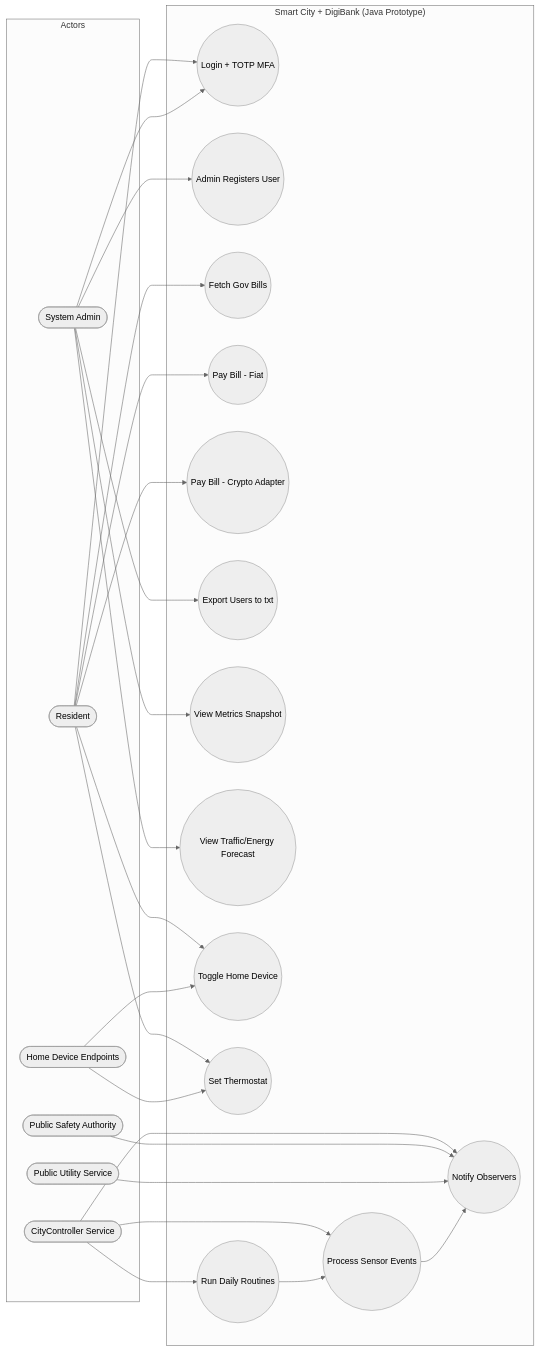
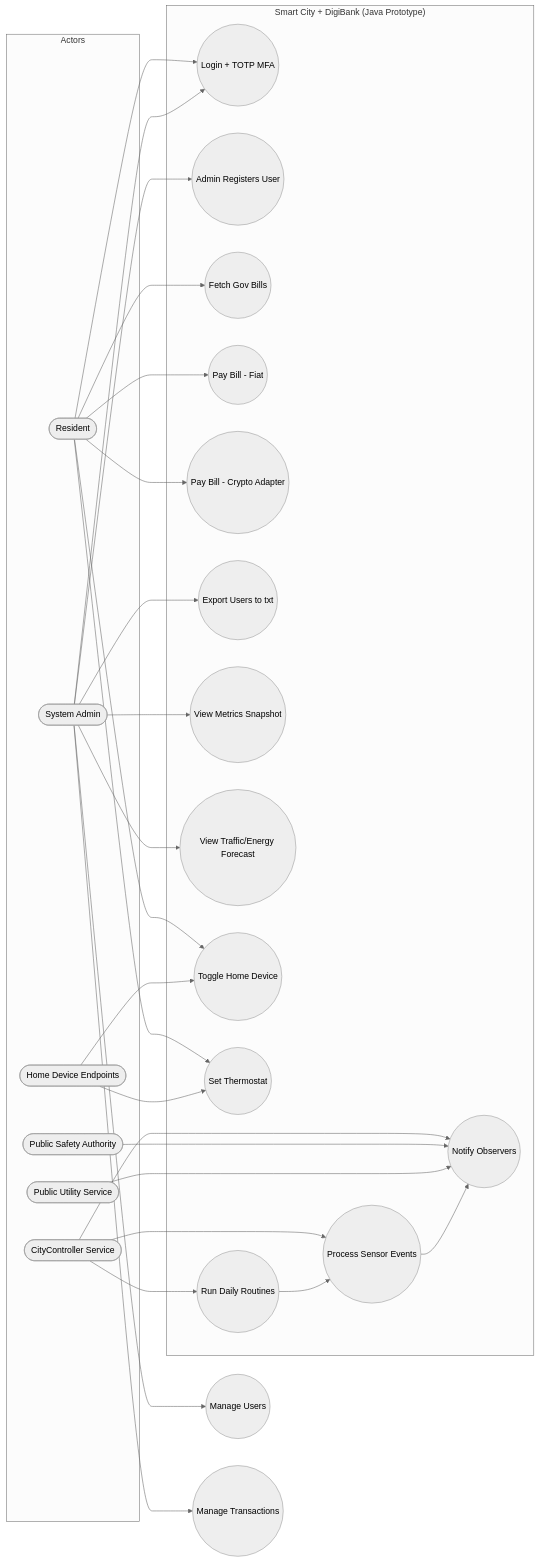
Before and after one commit to ferdiozaydin/digibank: the diagram in docs/2_uml_usecase.mmd, drawn with Mermaid. The commit also changed 8 other files, not shown here.

```diff
--- a/docs/2_uml_usecase.mmd
+++ b/docs/2_uml_usecase.mmd
@@ -1,56 +1,58 @@
 ---
 config:
  theme: neutral
 ---
 
 flowchart LR
 
 subgraph Actors
 Resident([Resident])
 Admin([System Admin])
 CityOps([CityController Service])
 PSA([Public Safety Authority])
 Utility([Public Utility Service])
 HomeDevices([Home Device Endpoints])
 end
 
 subgraph DigiBankSmartCitySystem["Smart City + DigiBank (Java Prototype)"]
 UC_Login((Login + TOTP MFA))
 UC_Register((Admin Registers User))
 UC_FetchBills((Fetch Gov Bills))
 UC_PayFiat((Pay Bill - Fiat))
 UC_PayCrypto((Pay Bill - Crypto Adapter))
 UC_Export((Export Users to txt))
 UC_Metrics((View Metrics Snapshot))
 UC_Forecast((View Traffic/Energy Forecast))
 UC_ToggleDevice((Toggle Home Device))
 UC_SetThermostat((Set Thermostat))
 UC_RunRoutines((Run Daily Routines))
 UC_ProcessSensor((Process Sensor Events))
 UC_NotifyObservers((Notify Observers))
 end
 
 Resident --> UC_Login
 Resident --> UC_FetchBills
 Resident --> UC_PayFiat
 Resident --> UC_PayCrypto
 Resident --> UC_ToggleDevice
 Resident --> UC_SetThermostat
 
 Admin --> UC_Login
 Admin --> UC_Register
 Admin --> UC_Export
 Admin --> UC_Metrics
 Admin --> UC_Forecast
+Admin --> UC_ManageUsers((Manage Users))
+Admin --> UC_ManageTrans((Manage Transactions))
 
 CityOps --> UC_RunRoutines
 CityOps --> UC_ProcessSensor
 CityOps --> UC_NotifyObservers
 
 PSA --> UC_NotifyObservers
 Utility --> UC_NotifyObservers
 
 UC_ProcessSensor --> UC_NotifyObservers
 UC_RunRoutines --> UC_ProcessSensor
 HomeDevices --> UC_ToggleDevice
 HomeDevices --> UC_SetThermostat
```
